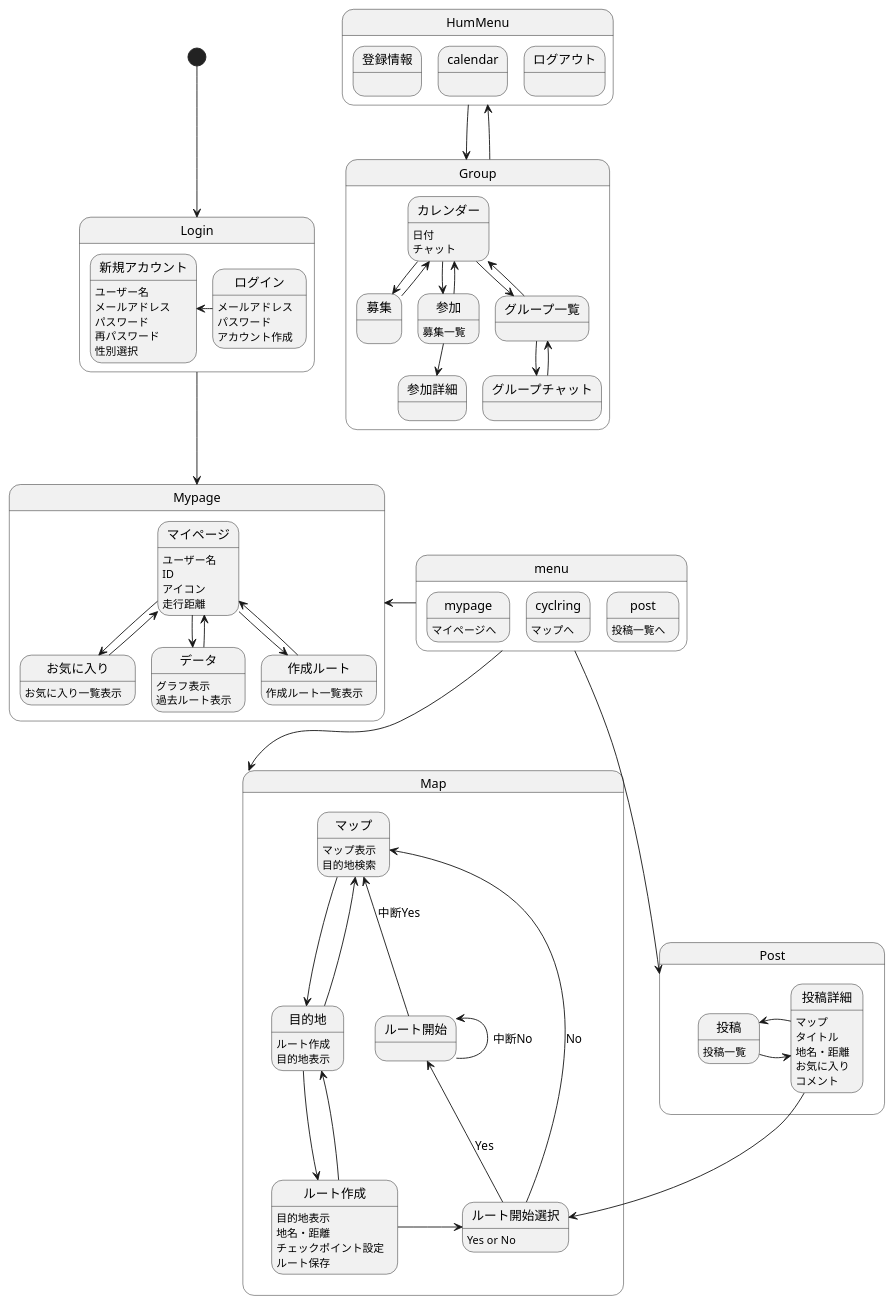
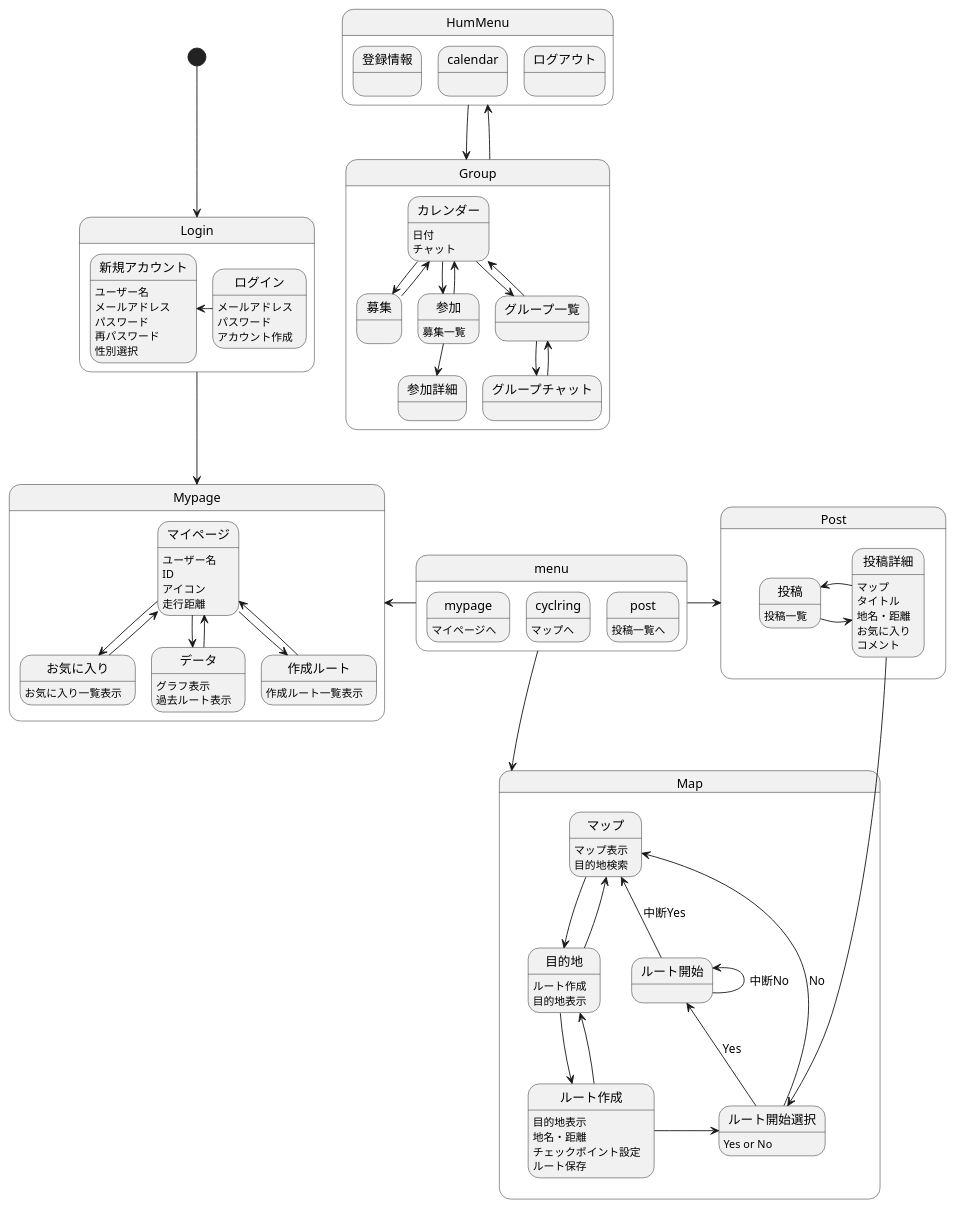
The diagram in 画面遷移図/gm.md (AsoSD3A3/CyclingSystem), drawn with PlantUML before and after one commit.

```diff
--- a/画面遷移図/gm.md
+++ b/画面遷移図/gm.md
@@ -33,7 +33,7 @@
 }
 
 menu-left->Mypage
-menu-down->Post
+menu-left->Post
 menu-down->Map
 
 [*]-down->Login
```
